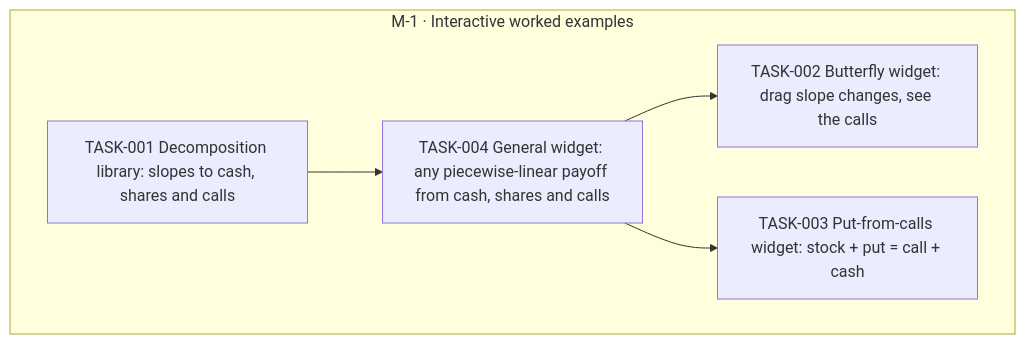
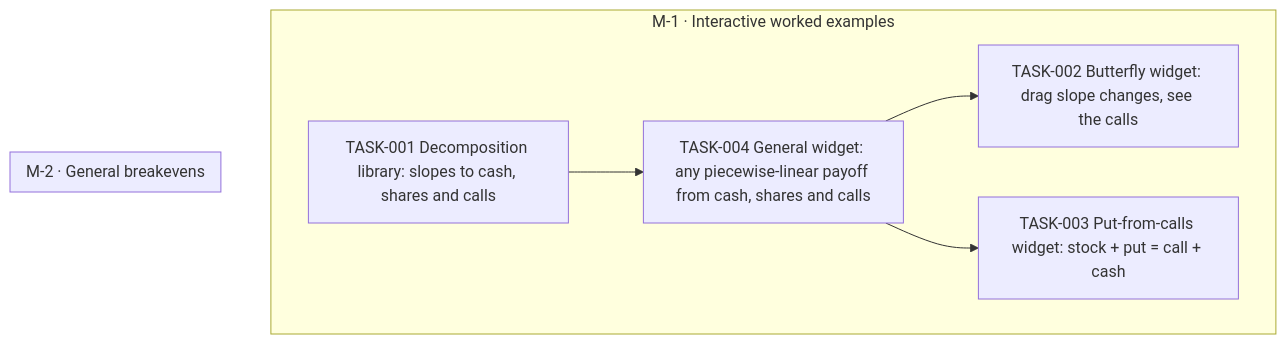
Before and after one commit to all-explained/options-explained: the diagram in goals/improve-viz/README.md, drawn with Mermaid. The commit also changed 1 other file, not shown here.

Commit message:
goal(improve-viz): add M-2 general breakevens, SC-5, SC-6

````diff
--- a/goals/improve-viz/README.md
+++ b/goals/improve-viz/README.md
@@ -25,15 +25,17 @@
 ```mermaid
 flowchart TD
   subgraph M_1["M-1 · Interactive worked examples"]
     TASK_001["TASK-001 Decomposition library: slopes to cash, shares and calls"]
     TASK_002["TASK-002 Butterfly widget: drag slope changes, see the calls"]
     TASK_003["TASK-003 Put-from-calls widget: stock + put = call + cash"]
     TASK_004["TASK-004 General widget: any piecewise-linear payoff from cash, shares and calls"]
   end
+  subgraph M_2["M-2 · General breakevens"]
+  end
   TASK_004 --> TASK_002
   TASK_004 --> TASK_003
   TASK_001 --> TASK_004
   classDef draft stroke-dasharray: 4 3
   classDef cancelled opacity:0.45
   classDef decision fill:#f3e8ff,stroke:#7c3aed
 ```
````
